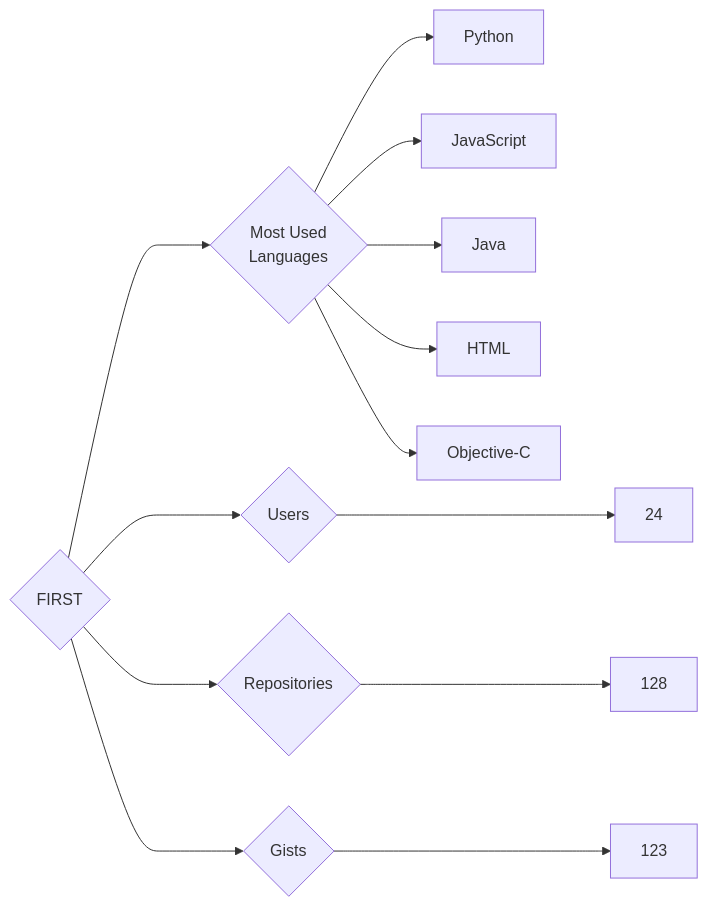
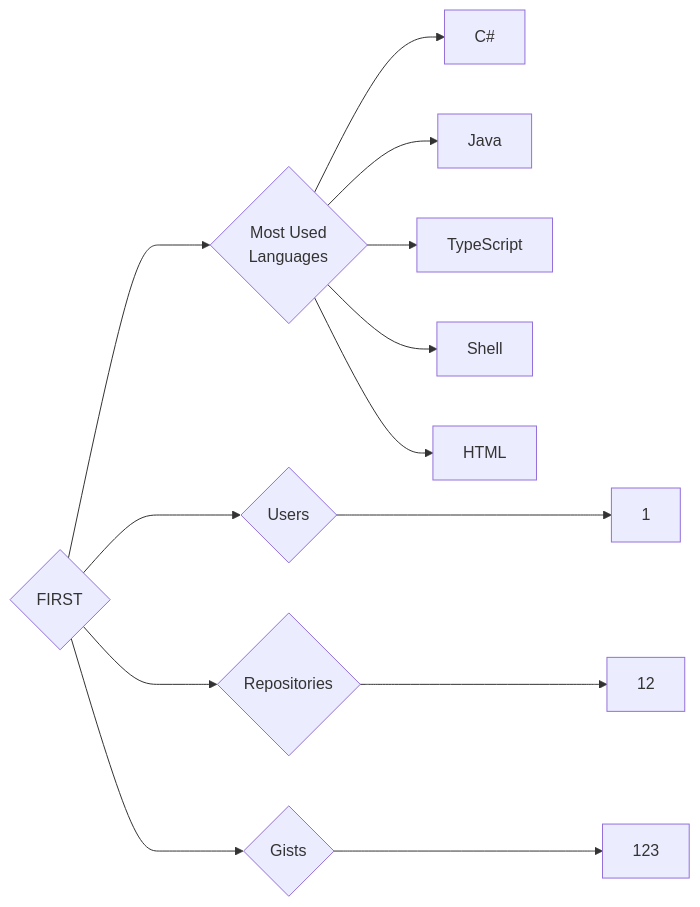
One commit to trickest/insiders changed the diagram in targets/FIRST/README.md. Above: the diagram before and after it, drawn with Mermaid. The commit also changed 676 other files, not shown here.

````diff
--- a/targets/FIRST/README.md
+++ b/targets/FIRST/README.md
@@ -3,13 +3,13 @@
 ```mermaid
 graph LR
 COMPANY_NAME{FIRST}
-COMPANY_NAME ---> U{Users} ---> UN[24]
-COMPANY_NAME ---> R{Repositories} ---> RN[128]
+COMPANY_NAME ---> U{Users} ---> UN[1]
+COMPANY_NAME ---> R{Repositories} ---> RN[12]
 COMPANY_NAME ---> G{Gists} ---> GN[123]
 COMPANY_NAME ---> ML{Most Used<br>Languages}
-ML --> Python[Python]
-ML --> JavaScript[JavaScript]
+ML --> C#[C#]
 ML --> Java[Java]
+ML --> TypeScript[TypeScript]
+ML --> Shell[Shell]
 ML --> HTML[HTML]
-ML --> Objective-C[Objective-C]
 ```
````
